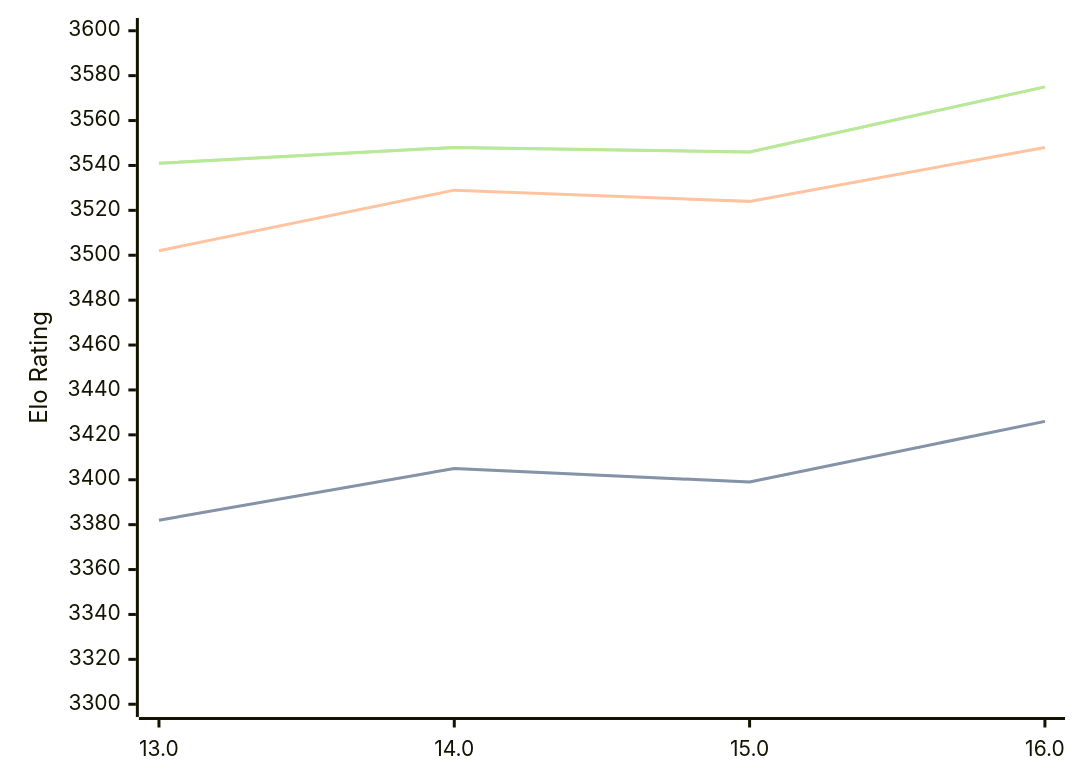
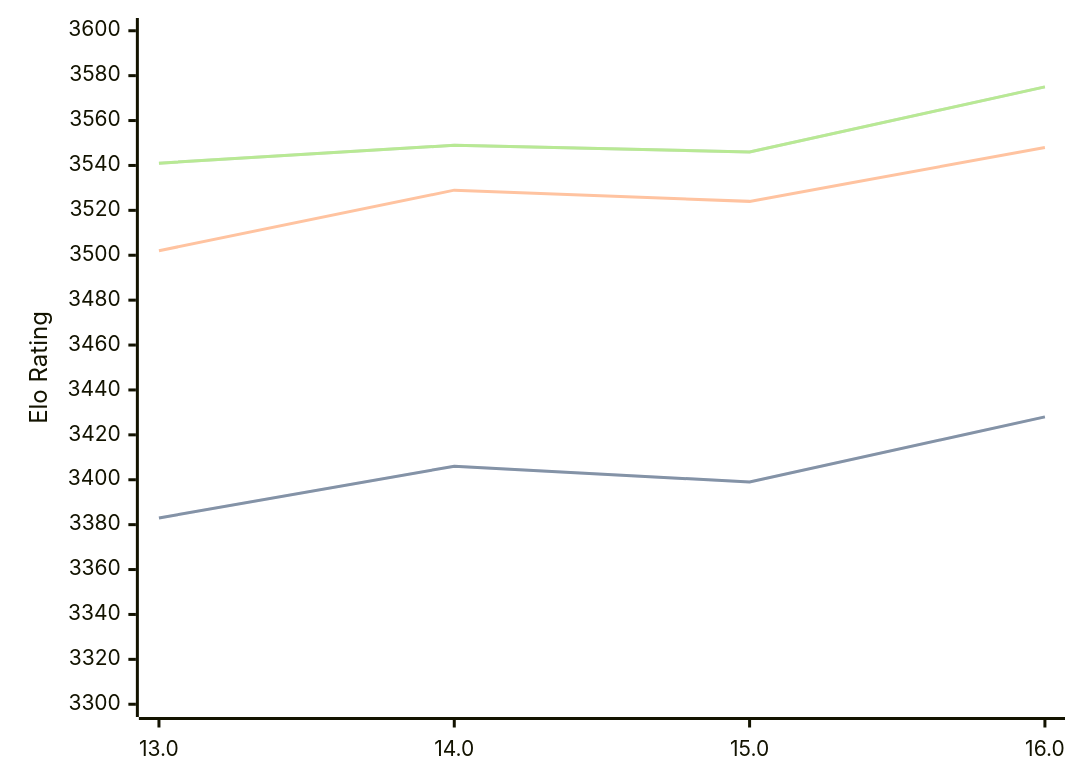
Before and after one commit to computer-chess-index/cci: the first of 3 diagrams in engines/Obsidian.md, drawn with Mermaid. The commit also changed other lines of this file, not shown here.

Commit message:
Update CCI Ratings (ELO VLTC) - 2026-07-14

````diff
--- a/engines/Obsidian.md
+++ b/engines/Obsidian.md
@@ -43,11 +43,11 @@
 ```mermaid
 %%{init: {"theme":"base","themeVariables":{"seriesColors:['#a3a3a3','#222221','#faa371']}}}%%
 xychart-beta
   x-axis ["13.0", "14.0", "15.0", "16.0"]
   y-axis "Elo Rating" 3300 --> 3600
-  line "STC (8.0+0.08s)" [3382, 3405, 3399, 3426]
-  line "STC (8.0+0.08s)" [3382, 3405, 3399, 3426]
+  line "STC (8.0+0.08s)" [3383, 3406, 3399, 3428]
+  line "STC (8.0+0.08s)" [3383, 3406, 3399, 3428]
   line "LTC (60.0+0.60s)" [3502, 3529, 3524, 3548]
-  line "VLTC (2m24s+1.12s)" [3541, 3548, 3546, 3575]
-  line "VLTC (2m24s+1.12s)" [3541, 3548, 3546, 3575]
+  line "VLTC (2m24s+1.12s)" [3541, 3549, 3546, 3575]
+  line "VLTC (2m24s+1.12s)" [3541, 3549, 3546, 3575]
 ```
````
